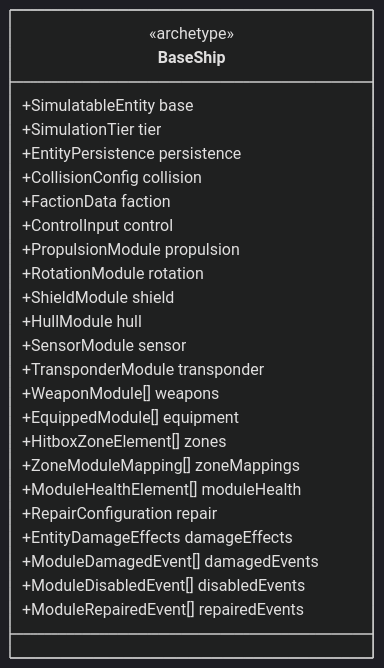
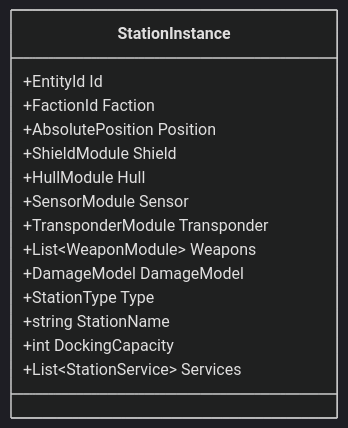
The third of 8 diagrams in .obsidian/architecture/04-archetype-strategy.md (zephkelly/starfire), drawn with Mermaid (dark theme) before and after one commit. The commit also changed other lines of this file and 27 other files, not shown here.

Commit message:
feat: update architecture docs to include modding system

````diff
--- a/.obsidian/architecture/04-archetype-strategy.md
+++ b/.obsidian/architecture/04-archetype-strategy.md
@@ -162,28 +171,18 @@
 ```mermaid
 classDiagram
-    class BaseShip {
-        <<archetype>>
-        +SimulatableEntity base
-        +SimulationTier tier
-        +EntityPersistence persistence
-        +CollisionConfig collision
-        +FactionData faction
-        +ControlInput control
-        +PropulsionModule propulsion
-        +RotationModule rotation
-        +ShieldModule shield
-        +HullModule hull
-        +SensorModule sensor
-        +TransponderModule transponder
-        +WeaponModule[] weapons
-        +EquippedModule[] equipment
-        +HitboxZoneElement[] zones
-        +ZoneModuleMapping[] zoneMappings
-        +ModuleHealthElement[] moduleHealth
-        +RepairConfiguration repair
-        +EntityDamageEffects damageEffects
-        +ModuleDamagedEvent[] damagedEvents
-        +ModuleDisabledEvent[] disabledEvents
-        +ModuleRepairedEvent[] repairedEvents
+    class StationInstance {
+        +EntityId Id
+        +FactionId Faction
+        +AbsolutePosition Position
+        +ShieldModule Shield
+        +HullModule Hull
+        +SensorModule Sensor
+        +TransponderModule Transponder
+        +List~WeaponModule~ Weapons
+        +DamageModel DamageModel
+        +StationType Type
+        +string StationName
+        +int DockingCapacity
+        +List~StationService~ Services
     }
 ```
````
